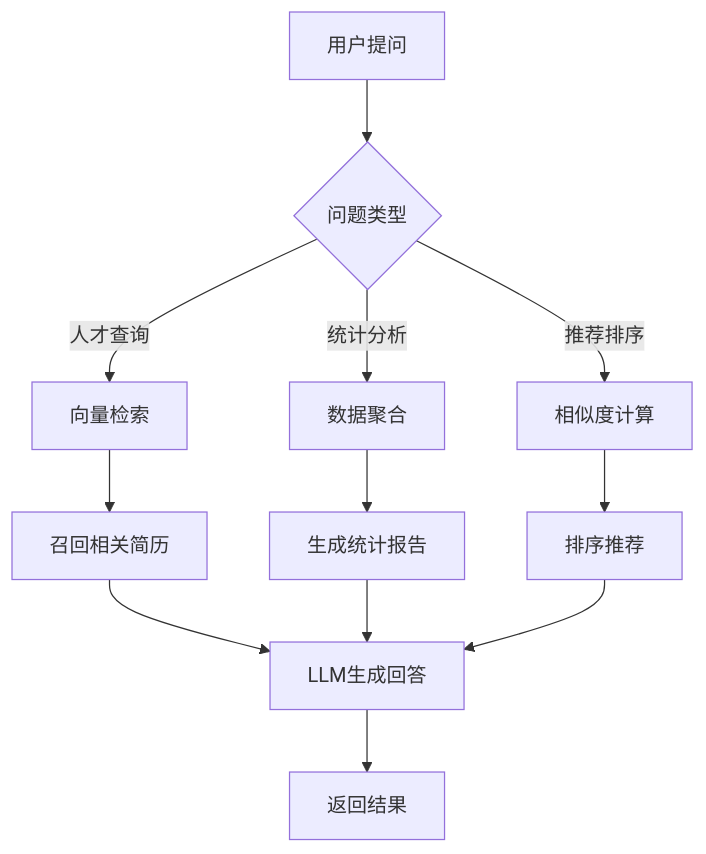
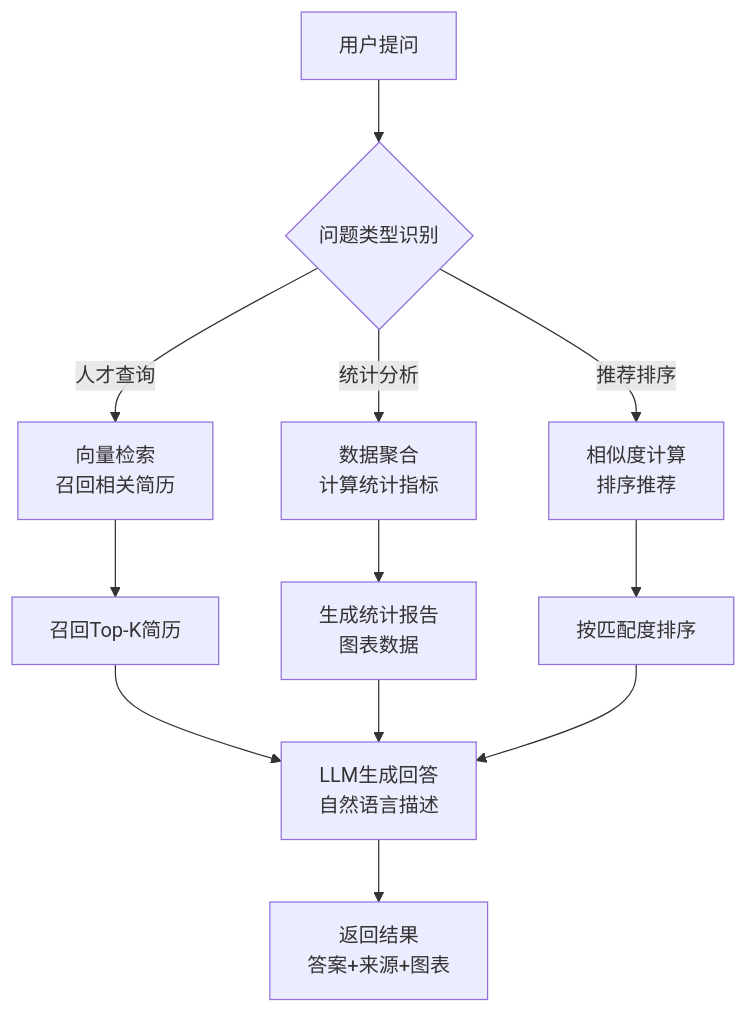
One commit to xt765/ResumeScreening changed the tenth of 14 diagrams in README.md. Above: the diagram before and after it, drawn with Mermaid. The commit also changed other lines of this file and 2 other files, not shown here.

First line of the commit message:
docs: README添加详细文字讲解，实现图文并茂

````diff
--- a/README.md
+++ b/README.md
@@ -324,17 +536,17 @@
 ```mermaid
 graph TB
-    A[用户提问] --> B{问题类型}
-    B -->|人才查询| C[向量检索]
-    B -->|统计分析| D[数据聚合]
-    B -->|推荐排序| E[相似度计算]
+    A[用户提问] --> B{问题类型识别}
+    B -->|人才查询| C[向量检索<br/>召回相关简历]
+    B -->|统计分析| D[数据聚合<br/>计算统计指标]
+    B -->|推荐排序| E[相似度计算<br/>排序推荐]
     
-    C --> F[召回相关简历]
-    D --> G[生成统计报告]
-    E --> H[排序推荐]
+    C --> F[召回Top-K简历]
+    D --> G[生成统计报告<br/>图表数据]
+    E --> H[按匹配度排序]
     
-    F --> I[LLM生成回答]
+    F --> I[LLM生成回答<br/>自然语言描述]
     G --> I
     H --> I
     
-    I --> J[返回结果]
+    I --> J[返回结果<br/>答案+来源+图表]
 ```
````
